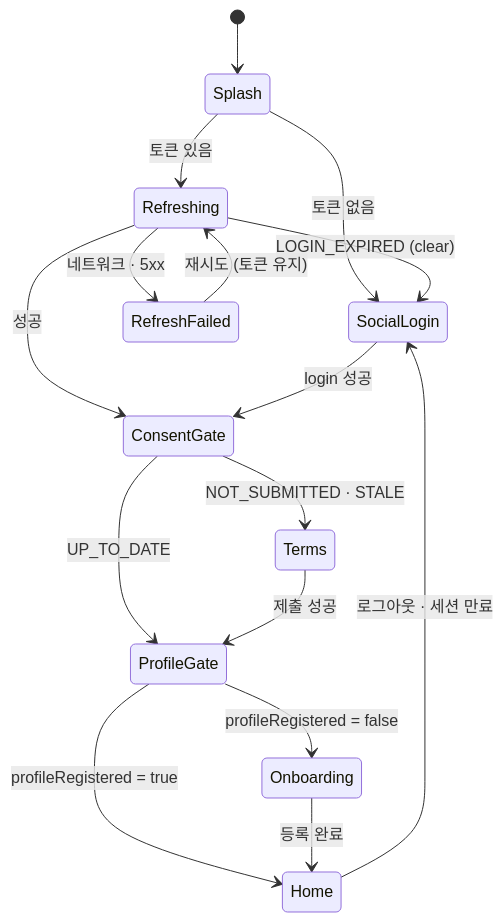
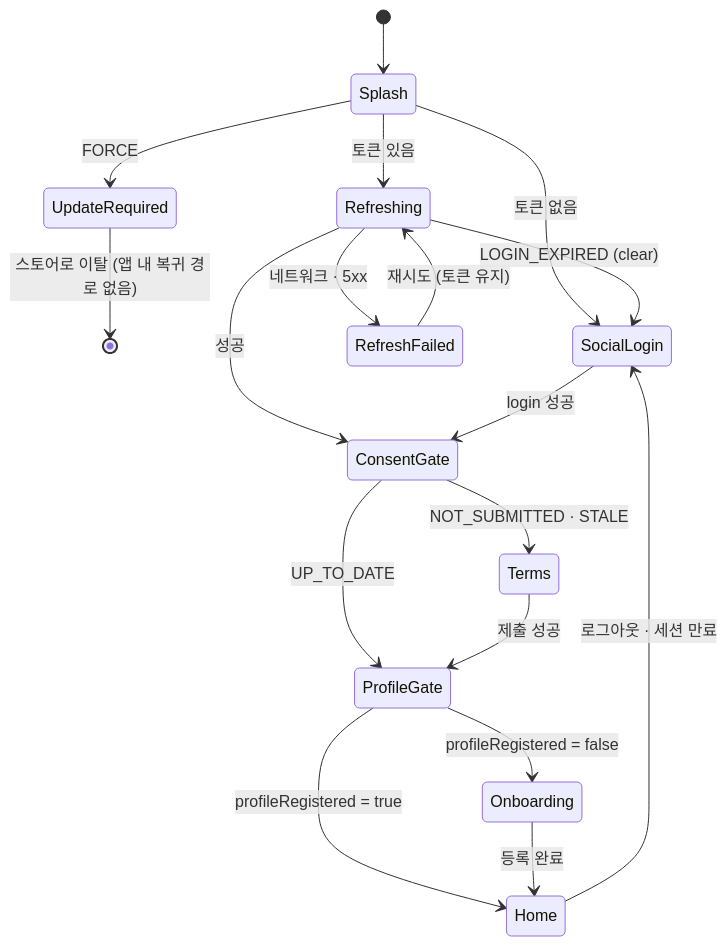
Before and after one commit to YAPP-Github/28th-App-Team-1-iOS: the fourth of 4 diagrams in docs/work/launch-routing.md, drawn with Mermaid. The commit also changed other lines of this file and 6 other files, not shown here.

````diff
--- a/docs/work/launch-routing.md
+++ b/docs/work/launch-routing.md
@@ -125,18 +130,20 @@
 ```mermaid
 stateDiagram-v2
     [*] --> Splash
+    Splash --> UpdateRequired: FORCE
+    UpdateRequired --> [*]: 스토어로 이탈 (앱 내 복귀 경로 없음)
     Splash --> SocialLogin: 토큰 없음
     Splash --> Refreshing: 토큰 있음
     Refreshing --> SocialLogin: LOGIN_EXPIRED (clear)
     Refreshing --> RefreshFailed: 네트워크 · 5xx
     RefreshFailed --> Refreshing: 재시도 (토큰 유지)
     Refreshing --> ConsentGate: 성공
     SocialLogin --> ConsentGate: login 성공
     ConsentGate --> Terms: NOT_SUBMITTED · STALE
     ConsentGate --> ProfileGate: UP_TO_DATE
     Terms --> ProfileGate: 제출 성공
     ProfileGate --> Onboarding: profileRegistered = false
     ProfileGate --> Home: profileRegistered = true
     Onboarding --> Home: 등록 완료
     Home --> SocialLogin: 로그아웃 · 세션 만료
 ```
````
